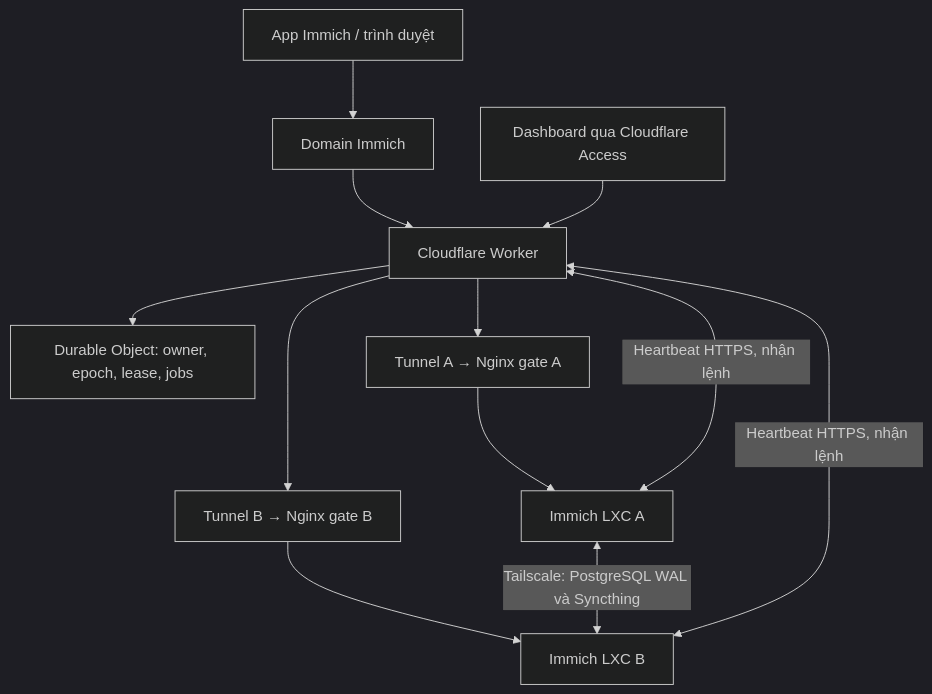
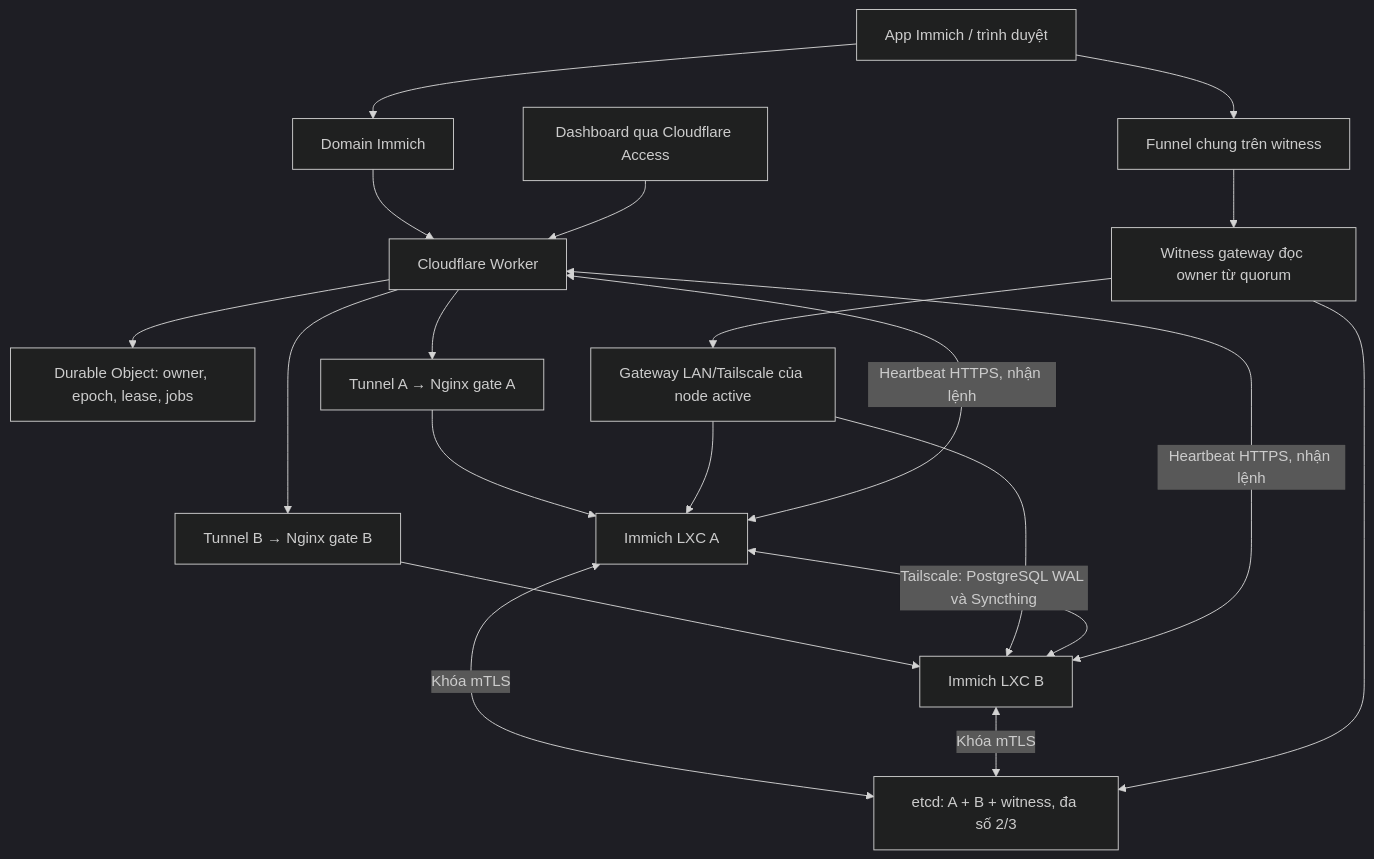
One commit to nguyenmanmkt/immich-ha changed the diagram in README.md. Above: the diagram before and after it, drawn with Mermaid (dark theme). The commit also changed other lines of this file and 86 other files, not shown here.

````diff
--- a/README.md
+++ b/README.md
@@ -7,14 +9,22 @@
 ```mermaid
 flowchart TD
     App[App Immich / trình duyệt] --> Public[Domain Immich]
     Public --> Worker[Cloudflare Worker]
     Admin[Dashboard qua Cloudflare Access] --> Worker
     Worker --> DO[Durable Object: owner, epoch, lease, jobs]
     Worker --> TunnelA[Tunnel A → Nginx gate A]
     Worker --> TunnelB[Tunnel B → Nginx gate B]
     TunnelA --> A[Immich LXC A]
     TunnelB --> B[Immich LXC B]
     A <-->|Heartbeat HTTPS, nhận lệnh| Worker
     B <-->|Heartbeat HTTPS, nhận lệnh| Worker
+    A <-->|Khóa mTLS| Q[etcd: A + B + witness, đa số 2/3]
+    B <-->|Khóa mTLS| Q
+    App --> Funnel[Funnel chung trên witness]
+    Funnel --> Router[Witness gateway đọc owner từ quorum]
+    Router --> Q
+    Router --> Local[Gateway LAN/Tailscale của node active]
+    Local --> A
+    Local --> B
     A <-->|Tailscale: PostgreSQL WAL và Syncthing| B
 ```
````
